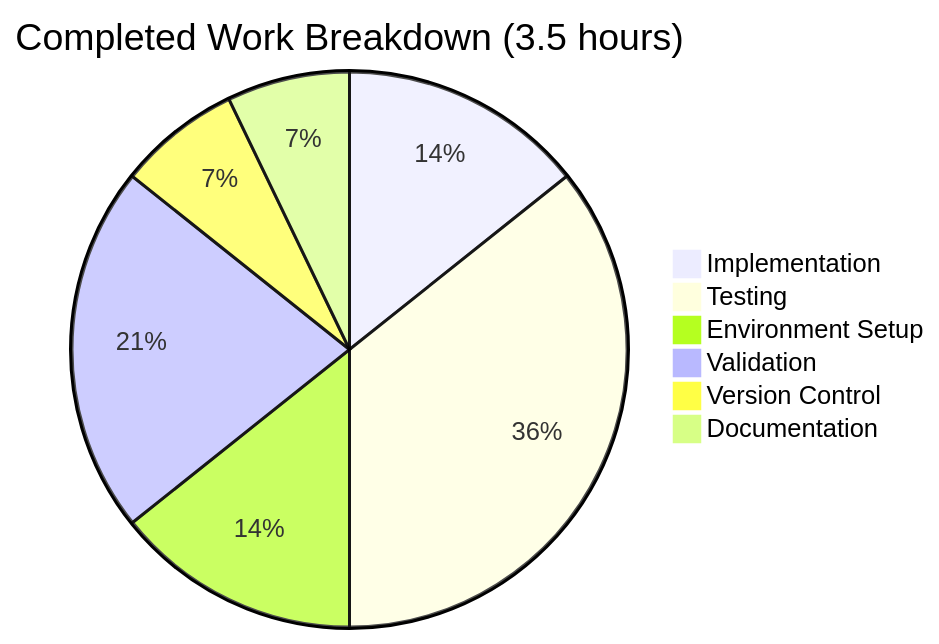
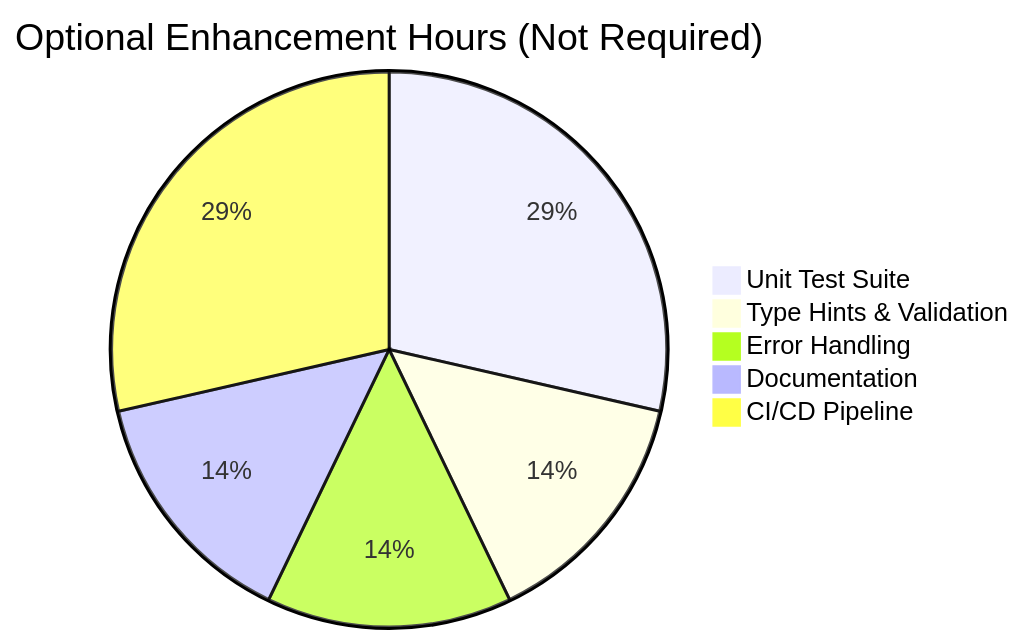
One commit to prasad-blitzy/quick-repo-3 changed the second of 2 diagrams in blitzy/documentation/Project Guide.md. Above: the diagram before and after it, drawn with Mermaid. The commit also changed other lines of this file, not shown here.

````diff
--- a/blitzy/documentation/Project Guide.md
+++ b/blitzy/documentation/Project Guide.md
@@ -297,9 +319,8 @@
 ```mermaid
-pie title Completed Work Breakdown (3.5 hours)
-    "Implementation" : 0.5
-    "Testing" : 1.25
-    "Environment Setup" : 0.5
-    "Validation" : 0.75
-    "Version Control" : 0.25
-    "Documentation" : 0.25
+pie title Optional Enhancement Hours (Not Required)
+    "Unit Test Suite" : 2
+    "Type Hints & Validation" : 1
+    "Error Handling" : 1
+    "Documentation" : 1
+    "CI/CD Pipeline" : 2
 ```
````
